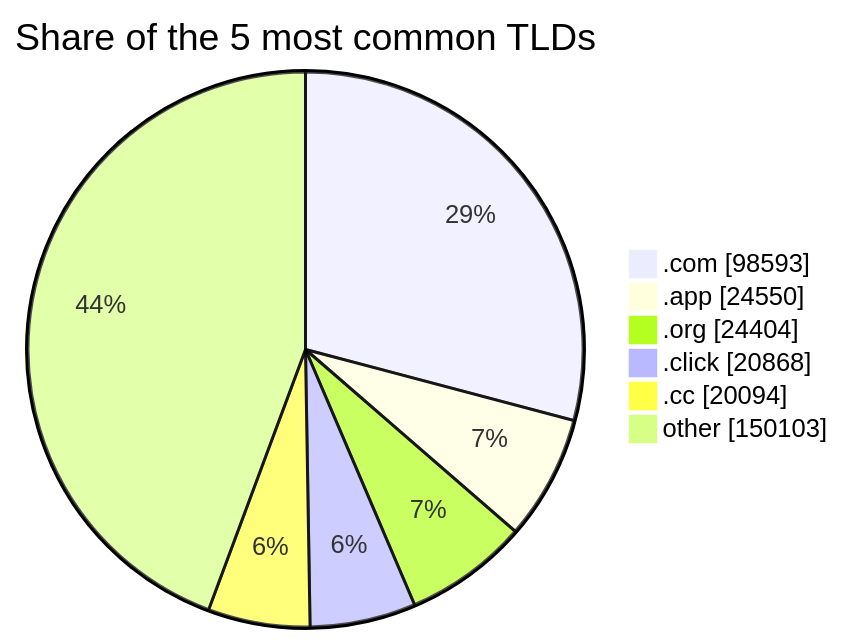
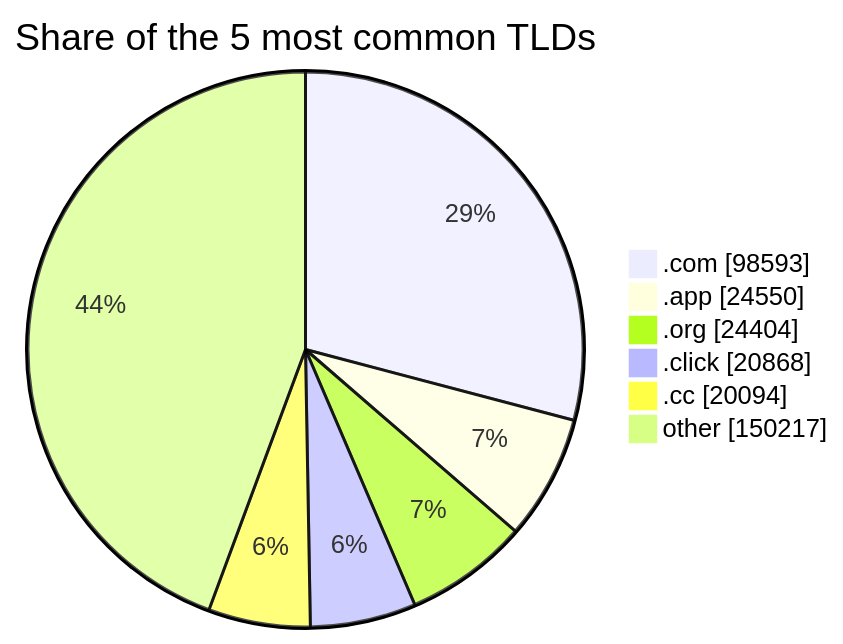
Before and after one commit to DNSBunker/CTI: the third of 3 diagrams in README.md, drawn with Mermaid. The commit also changed other lines of this file and 4 other files, not shown here.

````diff
--- a/README.md
+++ b/README.md
@@ -81,9 +81,9 @@
 ```mermaid
 pie showData title Share of the 5 most common TLDs
     ".com" : 98593
     ".app" : 24550
     ".org" : 24404
     ".click" : 20868
     ".cc" : 20094
-    "other" : 150103
+    "other" : 150217
 ```
````
